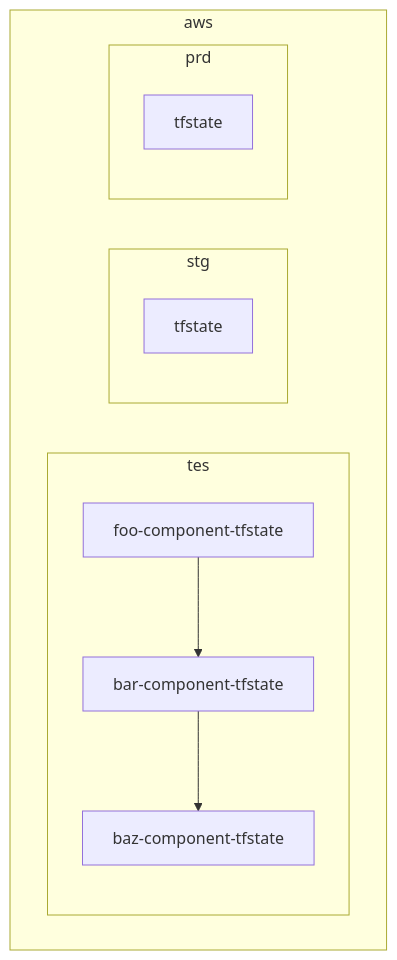
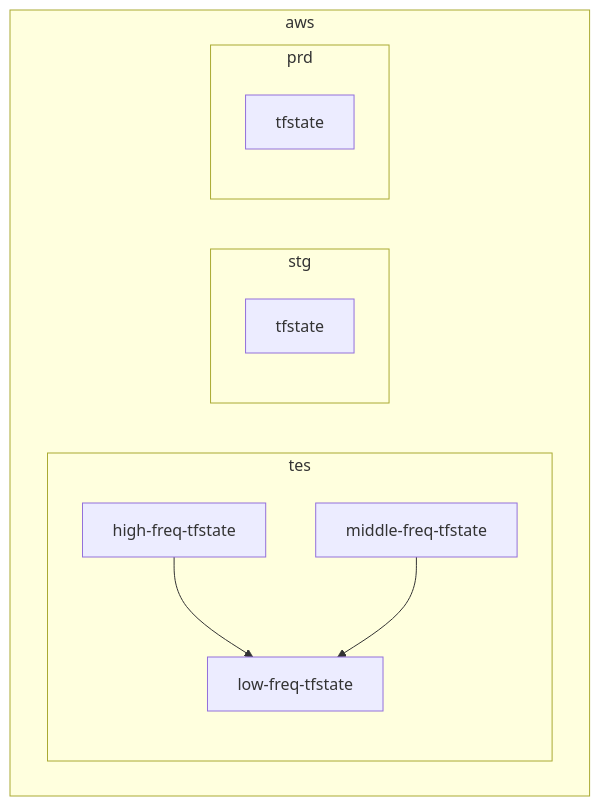
One commit to hiroki-it/tech-notebook changed the fifth of 5 diagrams in docs/infrastructure_as_code/infrastructure_as_code_terraform_policy_tfstate.md. Above: the diagram before and after it, drawn with Mermaid. The commit also changed other lines of this file and 8 other files, not shown here.

````diff
--- a/docs/infrastructure_as_code/infrastructure_as_code_terraform_policy_tfstate.md
+++ b/docs/infrastructure_as_code/infrastructure_as_code_terraform_policy_tfstate.md
@@ -442,16 +441,16 @@
 ```mermaid
-graph TD
+graph TB
     subgraph aws
     subgraph tes
-    A[foo-component-tfstate]-->B
-    B[bar-component-tfstate]-->C
-    C[baz-component-tfstate]
+    A[high-freq-tfstate]-->C
+    B[middle-freq-tfstate]-->C
+    C[low-freq-tfstate]
     end
     subgraph stg
     D[tfstate]
     end
     subgraph prd
     e[tfstate]
     end
     end
 ```
````
